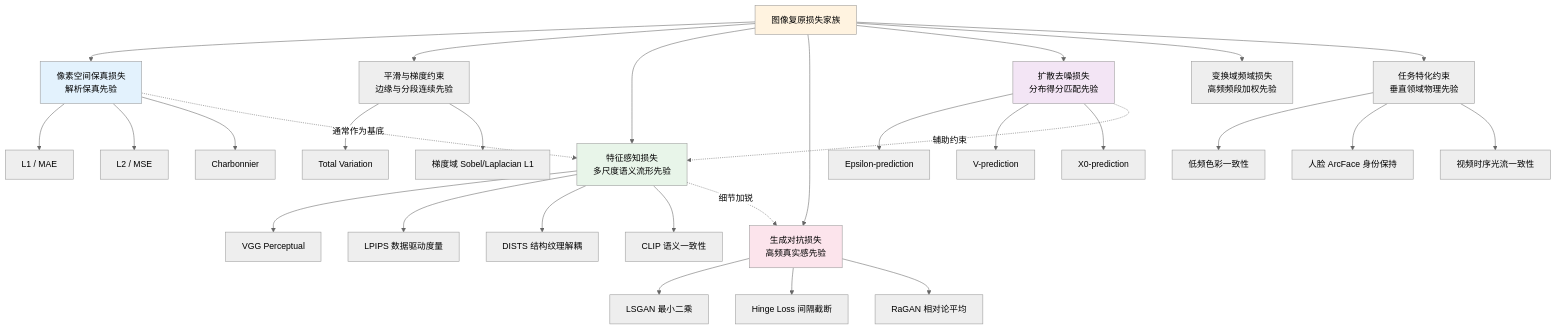
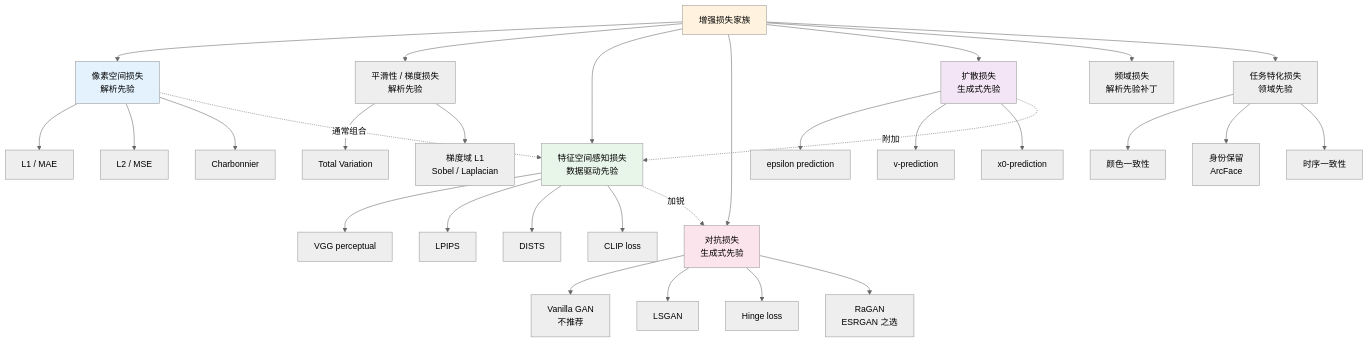
Before and after one commit to yingwang/image-enhancement-guide: the first of 2 diagrams in chapters/03-losses.md, drawn with Mermaid (neutral theme). The commit also changed other lines of this file and 18 other files, not shown here.

````diff
--- a/chapters/03-losses.md
+++ b/chapters/03-losses.md
@@ -52,44 +64,45 @@
 ```mermaid
 graph TD
-    Root["图像复原损失家族"] --> Pixel["像素空间保真损失<br/>解析保真先验"]
-    Root --> Smooth["平滑与梯度约束<br/>边缘与分段连续先验"]
-    Root --> Feat["特征感知损失<br/>多尺度语义流形先验"]
-    Root --> Adv["生成对抗损失<br/>高频真实感先验"]
-    Root --> Diff["扩散去噪损失<br/>分布得分匹配先验"]
-    Root --> Freq["变换域频域损失<br/>高频频段加权先验"]
-    Root --> Task["任务特化约束<br/>垂直领域物理先验"]
+    Root[增强损失家族] --> Pixel[像素空间损失<br/>解析先验]
+    Root --> Smooth[平滑性 / 梯度损失<br/>解析先验]
+    Root --> Feat[特征空间感知损失<br/>数据驱动先验]
+    Root --> Adv[对抗损失<br/>生成式先验]
+    Root --> Diff[扩散损失<br/>生成式先验]
+    Root --> Freq[频域损失<br/>解析先验补丁]
+    Root --> Task[任务特化损失<br/>领域先验]
 
-    Pixel --> L1["L1 / MAE"]
-    Pixel --> L2["L2 / MSE"]
-    Pixel --> Charb["Charbonnier"]
+    Pixel --> L1[L1 / MAE]
+    Pixel --> L2[L2 / MSE]
+    Pixel --> Charb[Charbonnier]
 
-    Smooth --> TV["Total Variation"]
-    Smooth --> Grad["梯度域 Sobel/Laplacian L1"]
+    Smooth --> TV[Total Variation]
+    Smooth --> Grad[梯度域 L1<br/>Sobel / Laplacian]
 
-    Feat --> VGG["VGG Perceptual"]
-    Feat --> LPIPS["LPIPS 数据驱动度量"]
-    Feat --> DISTS["DISTS 结构纹理解耦"]
-    Feat --> CLIP["CLIP 语义一致性"]
+    Feat --> VGG[VGG perceptual]
+    Feat --> LPIPS[LPIPS]
+    Feat --> DISTS[DISTS]
+    Feat --> CLIP[CLIP loss]
 
-    Adv --> LSGAN["LSGAN 最小二乘"]
-    Adv --> Hinge["Hinge Loss 间隔截断"]
-    Adv --> RaGAN["RaGAN 相对论平均"]
+    Adv --> Vanilla[Vanilla GAN<br/>不推荐]
+    Adv --> LSGAN[LSGAN]
+    Adv --> Hinge[Hinge loss]
+    Adv --> RaGAN[RaGAN<br/>ESRGAN 之选]
 
-    Diff --> Eps["Epsilon-prediction"]
-    Diff --> VPred["V-prediction"]
-    Diff --> X0["X0-prediction"]
+    Diff --> Eps[epsilon prediction]
+    Diff --> VPred[v-prediction]
+    Diff --> X0[x0-prediction]
 
-    Task --> Color["低频色彩一致性"]
-    Task --> Id["人脸 ArcFace 身份保持"]
-    Task --> Temp["视频时序光流一致性"]
+    Task --> Color[颜色一致性]
+    Task --> Id[身份保留<br/>ArcFace]
+    Task --> Temp[时序一致性]
 
-    Pixel -.通常作为基底.-> Feat
-    Feat -.细节加锐.-> Adv
-    Diff -.辅助约束.-> Feat
+    Pixel -.通常组合.-> Feat
+    Feat -.加锐.-> Adv
+    Diff -.附加.-> Feat
 
     style Root fill:#fff3e0
     style Pixel fill:#e3f2fd
     style Feat fill:#e8f5e9
     style Adv fill:#fce4ec
     style Diff fill:#f3e5f5
 ```
````
